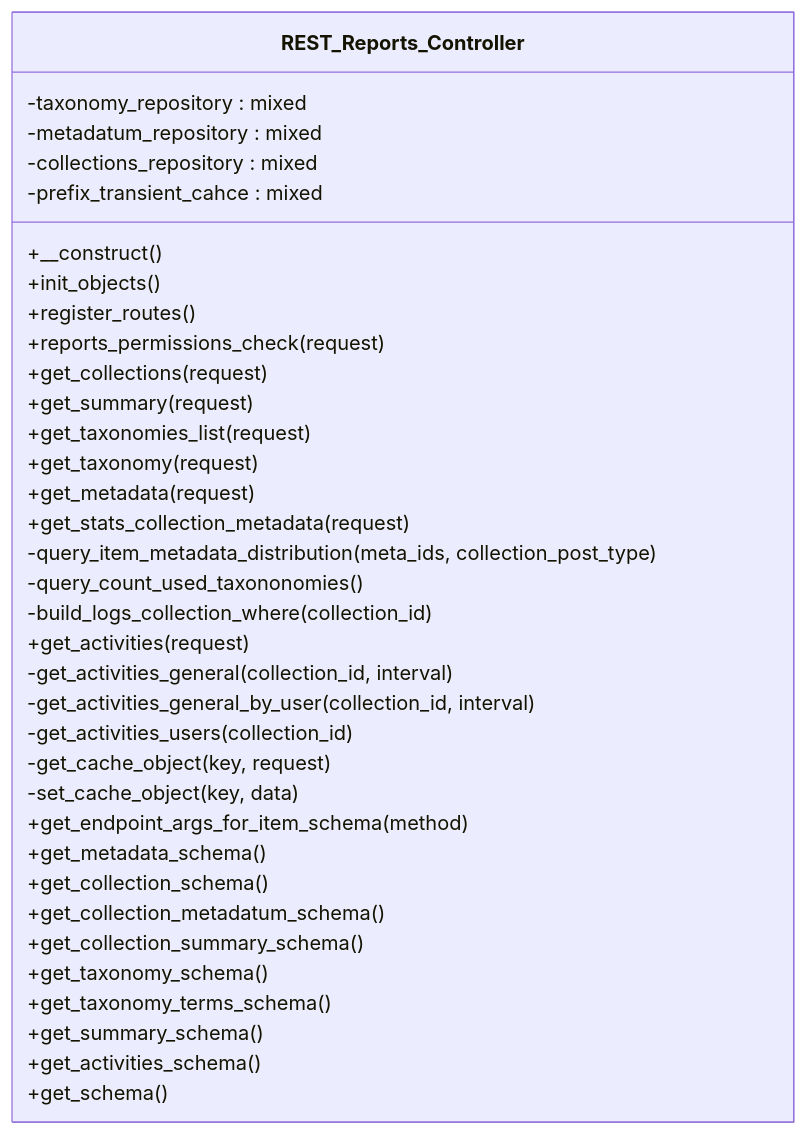
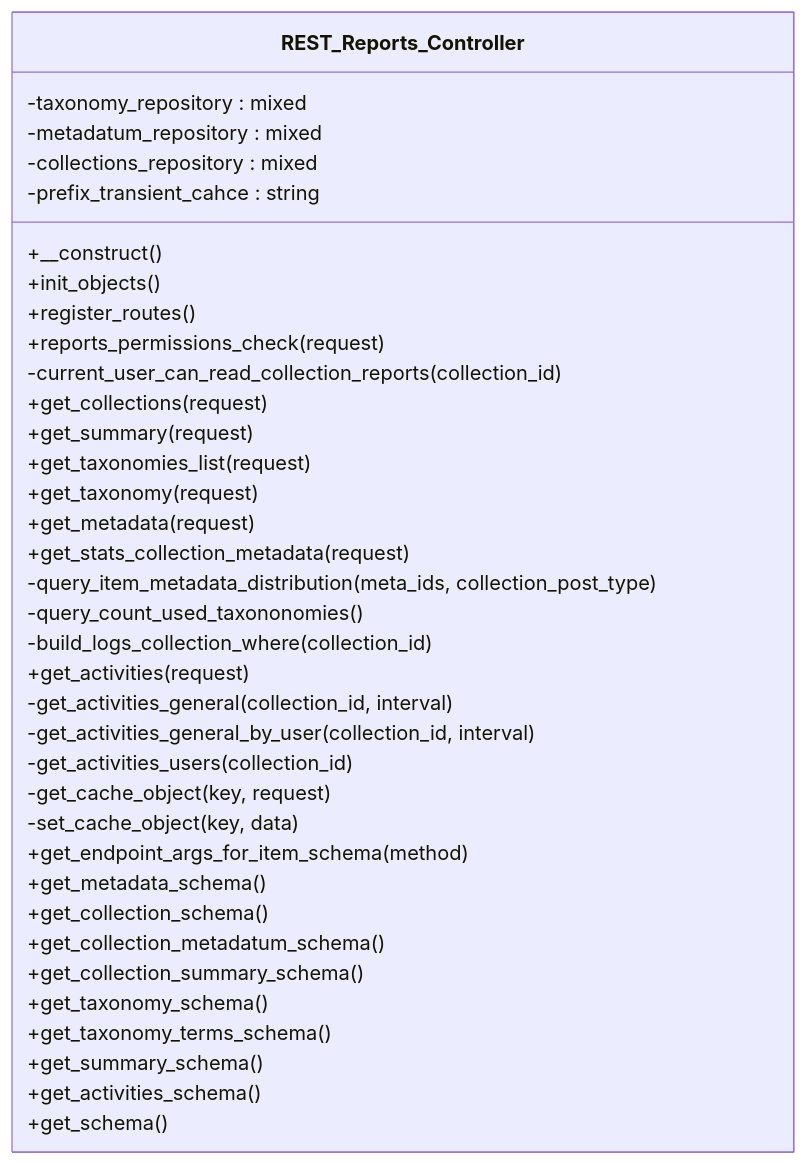
The diagram in docs/phpdoc/classes/Tainacan/API/EndPoints/REST_Reports_Controller.mmd (tainacan/tainacan), drawn with Mermaid before and after one commit. The commit also changed 4 other files, not shown here.

```diff
--- a/docs/phpdoc/classes/Tainacan/API/EndPoints/REST_Reports_Controller.mmd
+++ b/docs/phpdoc/classes/Tainacan/API/EndPoints/REST_Reports_Controller.mmd
@@ -1,37 +1,38 @@
 classDiagram
     direction TB
     class REST_Reports_Controller {
         -taxonomy_repository : mixed
         -metadatum_repository : mixed
         -collections_repository : mixed
-        -prefix_transient_cahce : mixed
+        -prefix_transient_cahce : string
         +__construct()
         +init_objects()
         +register_routes()
         +reports_permissions_check(request)
+        -current_user_can_read_collection_reports(collection_id)
         +get_collections(request)
         +get_summary(request)
         +get_taxonomies_list(request)
         +get_taxonomy(request)
         +get_metadata(request)
         +get_stats_collection_metadata(request)
         -query_item_metadata_distribution(meta_ids, collection_post_type)
         -query_count_used_taxononomies()
         -build_logs_collection_where(collection_id)
         +get_activities(request)
         -get_activities_general(collection_id, interval)
         -get_activities_general_by_user(collection_id, interval)
         -get_activities_users(collection_id)
         -get_cache_object(key, request)
         -set_cache_object(key, data)
         +get_endpoint_args_for_item_schema(method)
         +get_metadata_schema()
         +get_collection_schema()
         +get_collection_metadatum_schema()
         +get_collection_summary_schema()
         +get_taxonomy_schema()
         +get_taxonomy_terms_schema()
         +get_summary_schema()
         +get_activities_schema()
         +get_schema()
     }
```
